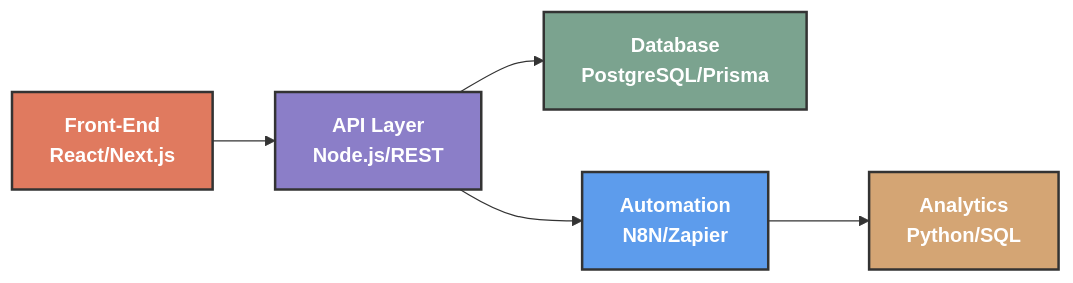
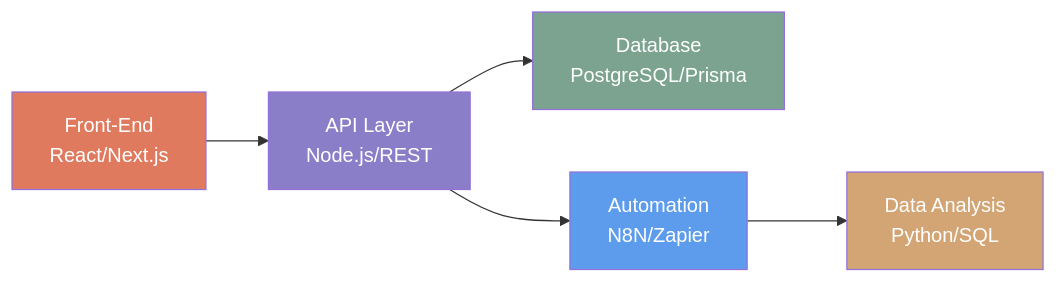
The diagram in README.md (sa3oud/sa3oud), drawn with Mermaid before and after one commit. The commit also changed other lines of this file, not shown here.

````diff
--- a/README.md
+++ b/README.md
@@ -41,25 +34,12 @@
 ```mermaid
 graph LR
-    classDef front fill:#e07a5f,stroke:#333,stroke-width:2px,color:#fff,font-weight:bold
-    classDef api fill:#8b7ec8,stroke:#333,stroke-width:2px,color:#fff,font-weight:bold
-    classDef db fill:#7ba38f,stroke:#333,stroke-width:2px,color:#fff,font-weight:bold
-    classDef auto fill:#5d9cec,stroke:#333,stroke-width:2px,color:#fff,font-weight:bold
-    classDef analytics fill:#d4a574,stroke:#333,stroke-width:2px,color:#fff,font-weight:bold
-    
-    A[<b>Front-End</b><br/>React/Next.js] --> B[<b>API Layer</b><br/>Node.js/REST]
-    B --> C[<b>Database</b><br/>PostgreSQL/Prisma]
-    B --> D[<b>Automation</b><br/>N8N/Zapier]
-    D --> E[<b>Analytics</b><br/>Python/SQL]
-    
-    class A front
-    class B api
-    class C db
-    class D auto
-    class E analytics
-
-    style A fill:#e07a5f,stroke:#333,stroke-width:2px,color:#fff
-    style B fill:#8b7ec8,stroke:#333,stroke-width:2px,color:#fff
-    style C fill:#7ba38f,stroke:#333,stroke-width:2px,color:#fff
-    style D fill:#5d9cec,stroke:#333,stroke-width:2px,color:#fff
-    style E fill:#d4a574,stroke:#333,stroke-width:2px,color:#fff
+    A[Front-End<br/>React/Next.js] --> B[API Layer<br/>Node.js/REST]
+    B --> C[Database<br/>PostgreSQL/Prisma]
+    B --> D[Automation<br/>N8N/Zapier]
+    D --> E[Data Analysis<br/>Python/SQL]
+    style A fill:#e07a5f,color:#fff
+    style B fill:#8b7ec8,color:#fff
+    style C fill:#7ba38f,color:#fff
+    style D fill:#5d9cec,color:#fff
+    style E fill:#d4a574,color:#fff
 ```
````
